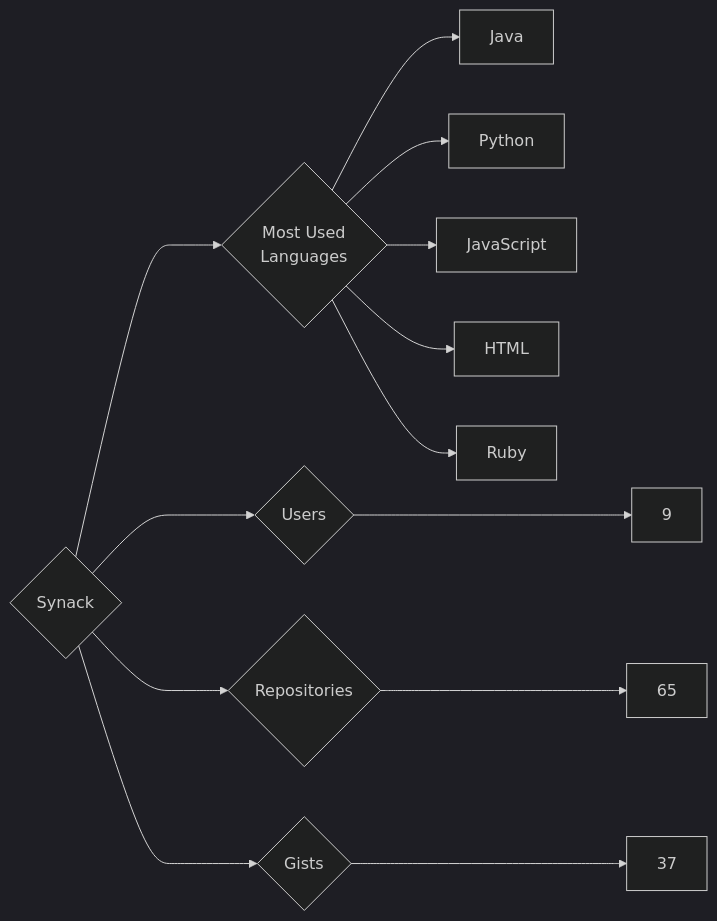
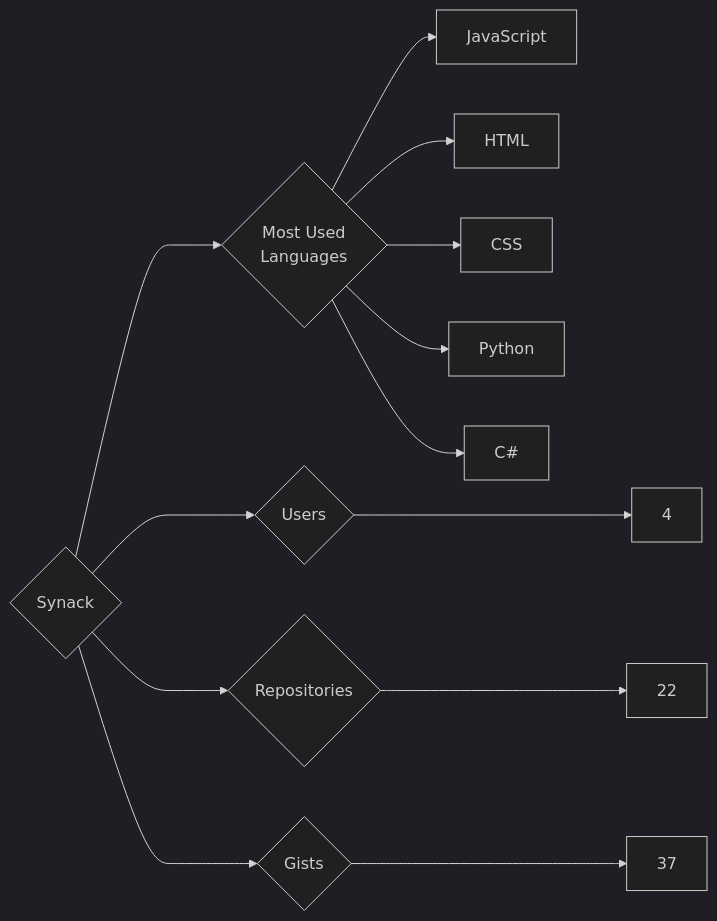
The diagram in targets/Synack/README.md (trickest/insiders), drawn with Mermaid (dark theme) before and after one commit. The commit also changed 1479 other files, not shown here.

````diff
--- a/targets/Synack/README.md
+++ b/targets/Synack/README.md
@@ -3,13 +3,13 @@
 ```mermaid
 graph LR
 COMPANY_NAME{Synack}
-COMPANY_NAME ---> U{Users} ---> UN[9]
-COMPANY_NAME ---> R{Repositories} ---> RN[65]
+COMPANY_NAME ---> U{Users} ---> UN[4]
+COMPANY_NAME ---> R{Repositories} ---> RN[22]
 COMPANY_NAME ---> G{Gists} ---> GN[37]
 COMPANY_NAME ---> ML{Most Used<br>Languages}
-ML --> Java[Java]
-ML --> Python[Python]
 ML --> JavaScript[JavaScript]
 ML --> HTML[HTML]
-ML --> Ruby[Ruby]
+ML --> CSS[CSS]
+ML --> Python[Python]
+ML --> C#[C#]
 ```
````
